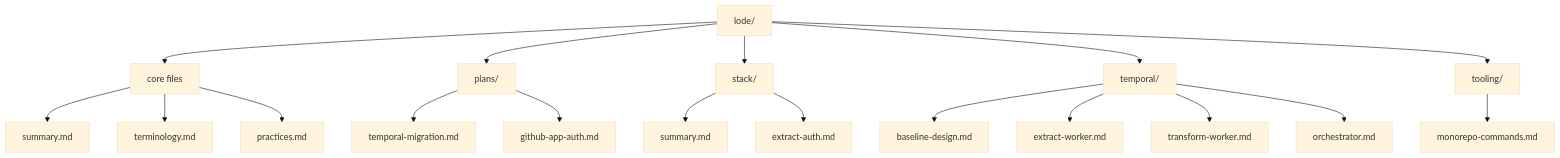
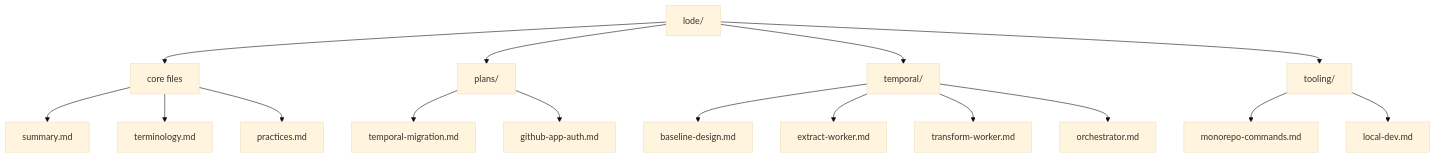
One commit to dxta-dev/pipeline changed the diagram in lode/lode-map.md. Above: the diagram before and after it, drawn with Mermaid (base theme). The commit also changed other lines of this file and 54 other files, not shown here.

````diff
--- a/lode/lode-map.md
+++ b/lode/lode-map.md
@@ -47,20 +45,18 @@
 ```mermaid
 flowchart TD
   lode[lode/] --> core[core files]
   lode --> plans[plans/]
-  lode --> stack[stack/]
   lode --> temporal[temporal/]
   lode --> tooling[tooling/]
   core --> summary[summary.md]
   core --> terminology[terminology.md]
   core --> practices[practices.md]
   plans --> migration[temporal-migration.md]
   plans --> githubAuth[github-app-auth.md]
-  stack --> stackSummary[summary.md]
-  stack --> stackAuth[extract-auth.md]
   tooling --> commands[monorepo-commands.md]
+  tooling --> localDev[local-dev.md]
   temporal --> baseline[baseline-design.md]
   temporal --> extractWorker[extract-worker.md]
   temporal --> transformWorker[transform-worker.md]
   temporal --> orchestrator[orchestrator.md]
 ```
````
